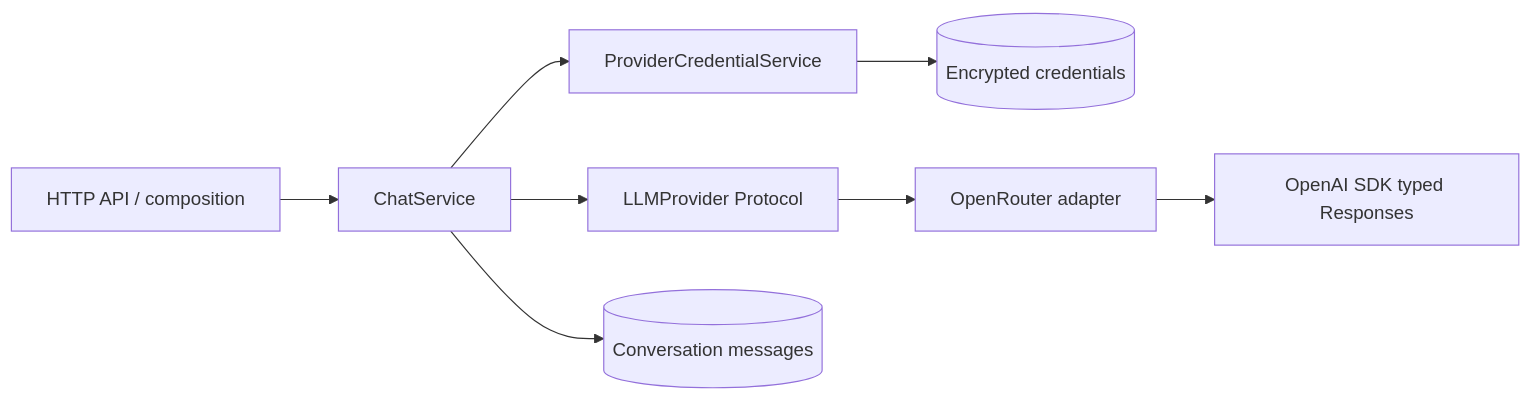
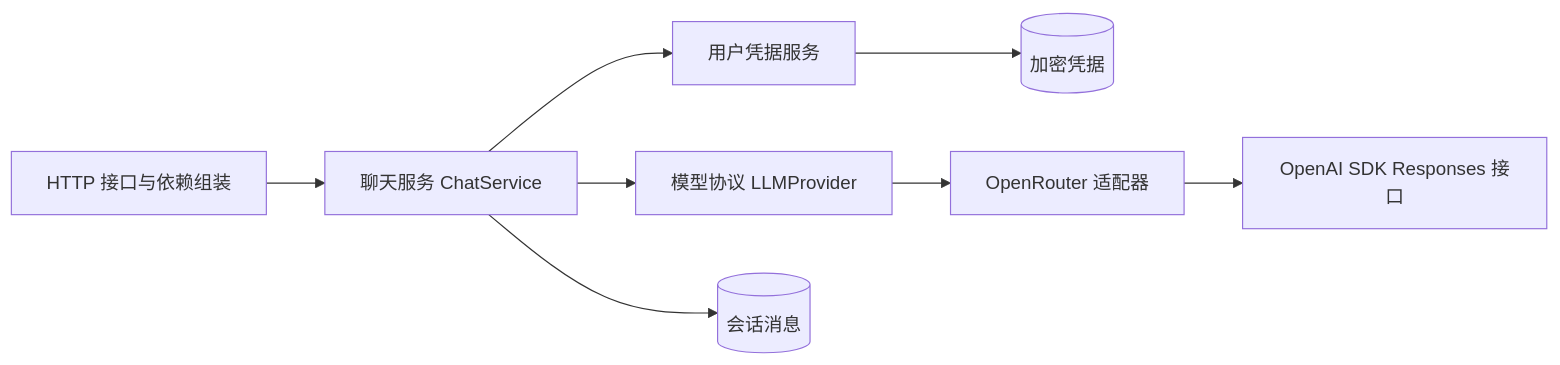
Before and after one commit to byxsssn/ai-workspace: the diagram in README.md, drawn with Mermaid. The commit also changed other lines of this file and 63 other files, not shown here.

````diff
--- a/README.md
+++ b/README.md
@@ -185,10 +153,10 @@
 ```mermaid
 flowchart LR
-    API[HTTP API / composition] --> Chat[ChatService]
-    Chat --> Credentials[ProviderCredentialService]
-    Credentials --> DB[(Encrypted credentials)]
-    Chat --> Contract[LLMProvider Protocol]
-    Contract --> Router[OpenRouter adapter]
-    Router --> SDK[OpenAI SDK typed Responses]
-    Chat --> Messages[(Conversation messages)]
+    API[HTTP 接口与依赖组装] --> Chat[聊天服务 ChatService]
+    Chat --> Credentials[用户凭据服务]
+    Credentials --> DB[(加密凭据)]
+    Chat --> Contract[模型协议 LLMProvider]
+    Contract --> Router[OpenRouter 适配器]
+    Router --> SDK[OpenAI SDK Responses 接口]
+    Chat --> Messages[(会话消息)]
 ```
````
